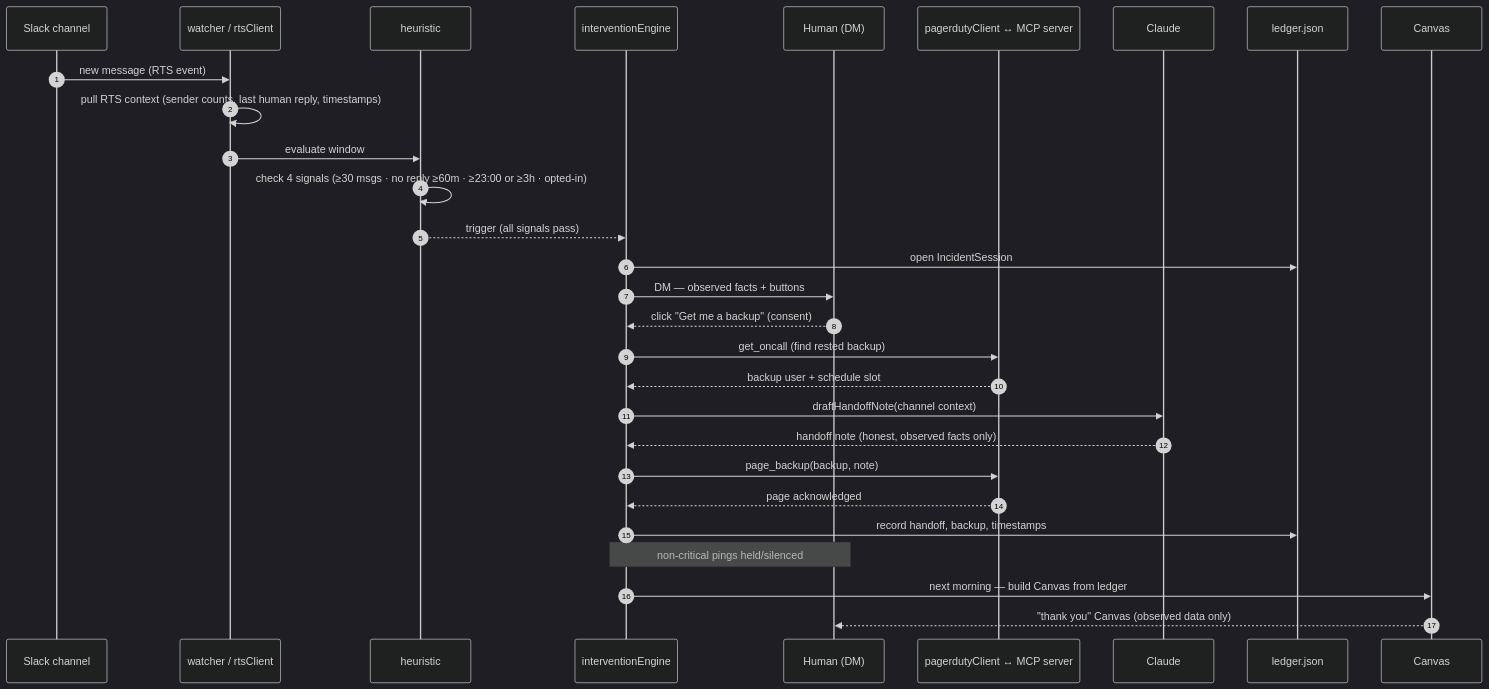
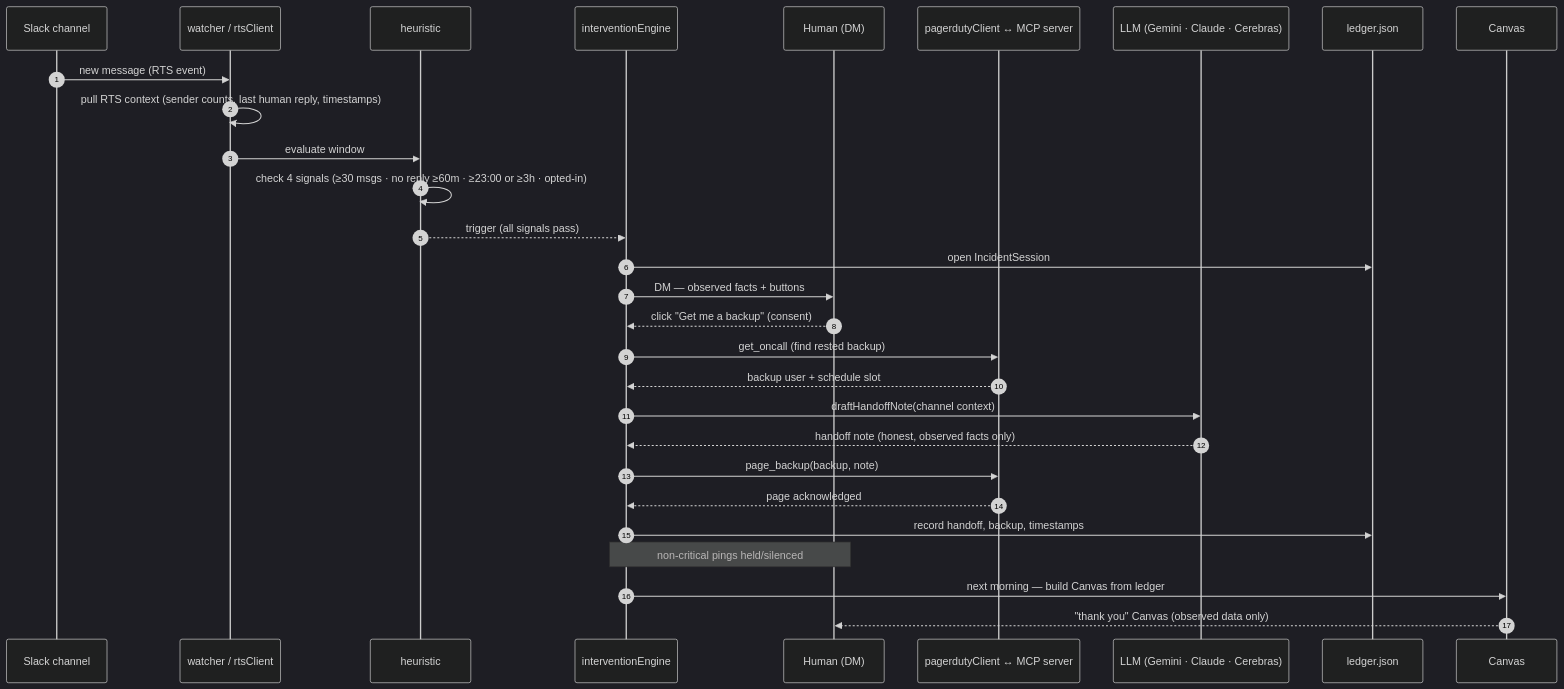
The second of 2 diagrams in docs/ARCHITECTURE.md (wiz-abhi/Quiet-Hours), drawn with Mermaid (dark theme) before and after one commit. The commit also changed other lines of this file and 8 other files, not shown here.

````diff
--- a/docs/ARCHITECTURE.md
+++ b/docs/ARCHITECTURE.md
@@ -64,32 +64,32 @@
 ```mermaid
 sequenceDiagram
     autonumber
     participant Ch as Slack channel
     participant W as watcher / rtsClient
     participant H as heuristic
     participant E as interventionEngine
     participant U as Human (DM)
     participant M as pagerdutyClient ↔ MCP server
-    participant C as Claude
+    participant C as LLM (Gemini · Claude · Cerebras)
     participant L as ledger.json
     participant Cv as Canvas
 
     Ch->>W: new message (RTS event)
     W->>W: pull RTS context (sender counts, last human reply, timestamps)
     W->>H: evaluate window
     H->>H: check 4 signals (≥30 msgs · no reply ≥60m · ≥23:00 or ≥3h · opted-in)
     H-->>E: trigger (all signals pass)
     E->>L: open IncidentSession
     E->>U: DM — observed facts + buttons
     U-->>E: click "Get me a backup" (consent)
     E->>M: get_oncall (find rested backup)
     M-->>E: backup user + schedule slot
     E->>C: draftHandoffNote(channel context)
     C-->>E: handoff note (honest, observed facts only)
     E->>M: page_backup(backup, note)
     M-->>E: page acknowledged
     E->>L: record handoff, backup, timestamps
     Note over E,U: non-critical pings held/silenced
     E->>Cv: next morning — build Canvas from ledger
     Cv-->>U: "thank you" Canvas (observed data only)
 ```
````
